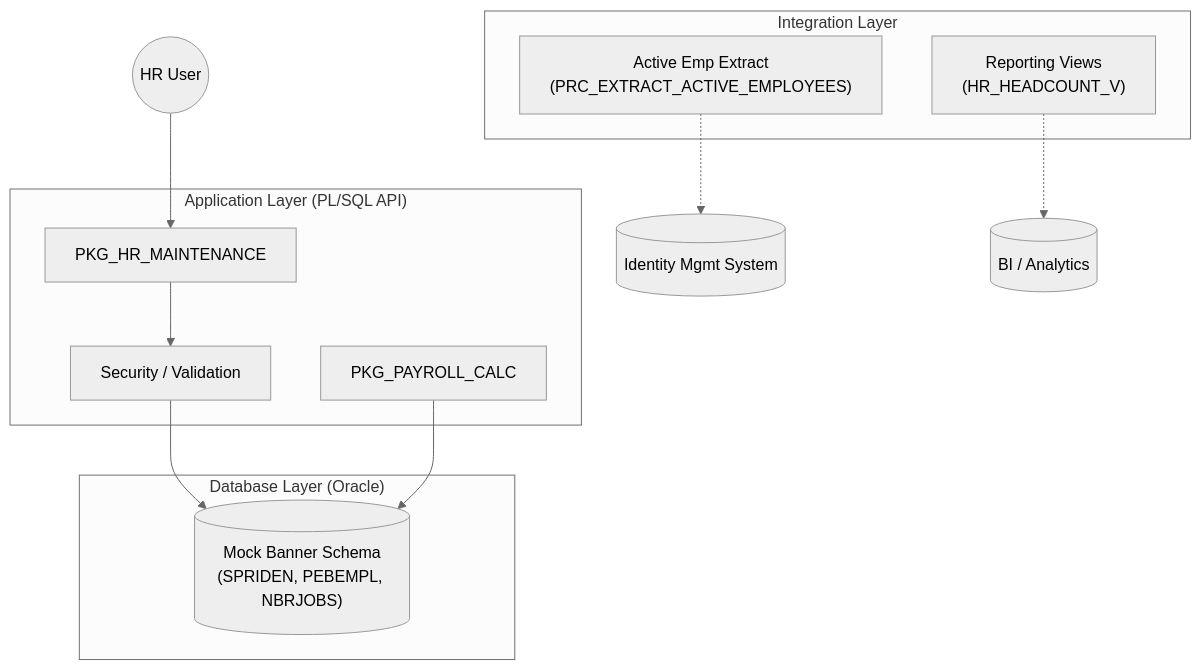
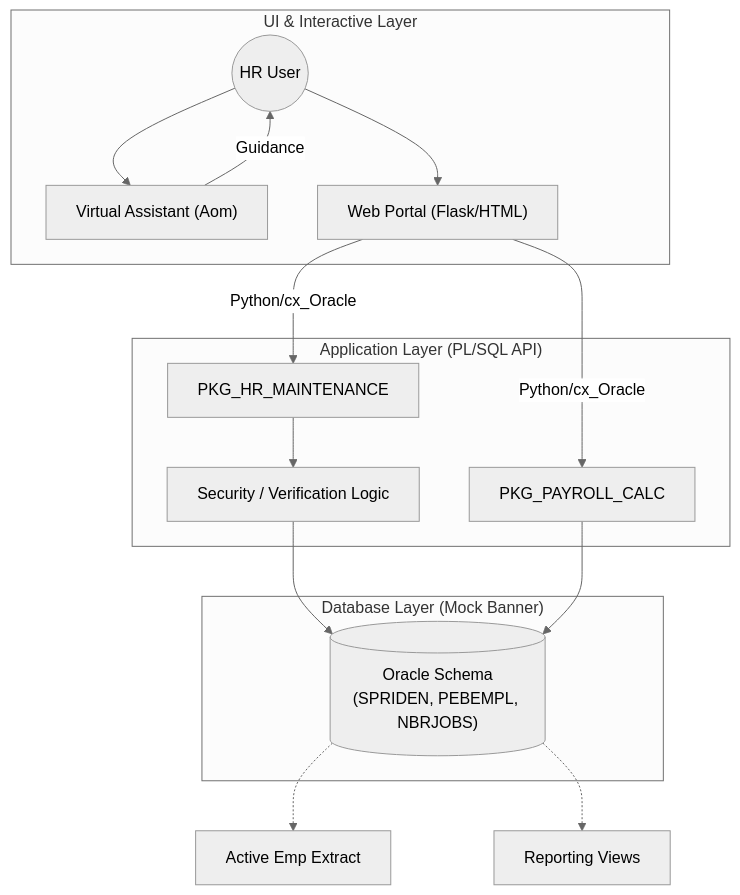
Before and after one commit to RBChavez/university-hr-payroll-demo: the diagram in README.md, drawn with Mermaid (neutral theme). The commit also changed other lines of this file and 14 other files, not shown here.

Commit message:
Enhance demo with Virtual Assistant (Aom), streamlined 2FA, restricted demo actions, and updated documentation

````diff
--- a/README.md
+++ b/README.md
@@ -8,25 +8,30 @@
 ```mermaid
 graph TD
-    subgraph "Database Layer (Oracle)"
-        Schema[("Mock Banner Schema\n(SPRIDEN, PEBEMPL, NBRJOBS)")]
+    subgraph "UI & Interactive Layer"
+        User((HR User))
+        Bot["Virtual Assistant (Aom)"]
+        Web["Web Portal (Flask/HTML)"]
     end
 
     subgraph "Application Layer (PL/SQL API)"
         HR_Pkg["PKG_HR_MAINTENANCE"]
         Payroll_Pkg["PKG_PAYROLL_CALC"]
-        Auth["Security / Validation"]
+        Auth["Security / Verification Logic"]
     end
 
-    subgraph "Integration Layer"
-        Extract["Active Emp Extract\n(PRC_EXTRACT_ACTIVE_EMPLOYEES)"]
-        Views["Reporting Views\n(HR_HEADCOUNT_V)"]
+    subgraph "Database Layer (Mock Banner)"
+        Schema[("Oracle Schema\n(SPRIDEN, PEBEMPL, NBRJOBS)")]
     end
 
-    User((HR User)) --> HR_Pkg
+    User --> Web
+    User --> Bot
+    Bot -- "Guidance" --> User
+    Web -- "Python/cx_Oracle" --> HR_Pkg
+    Web -- "Python/cx_Oracle" --> Payroll_Pkg
     HR_Pkg --> Auth
     Auth --> Schema
     Payroll_Pkg --> Schema
     
-    Extract -.-> ExtSys[("Identity Mgmt System")]
-    Views -.-> BI_Tool[("BI / Analytics")]
+    Schema -.-> Extract["Active Emp Extract"]
+    Schema -.-> Views["Reporting Views"]
 ```
````
